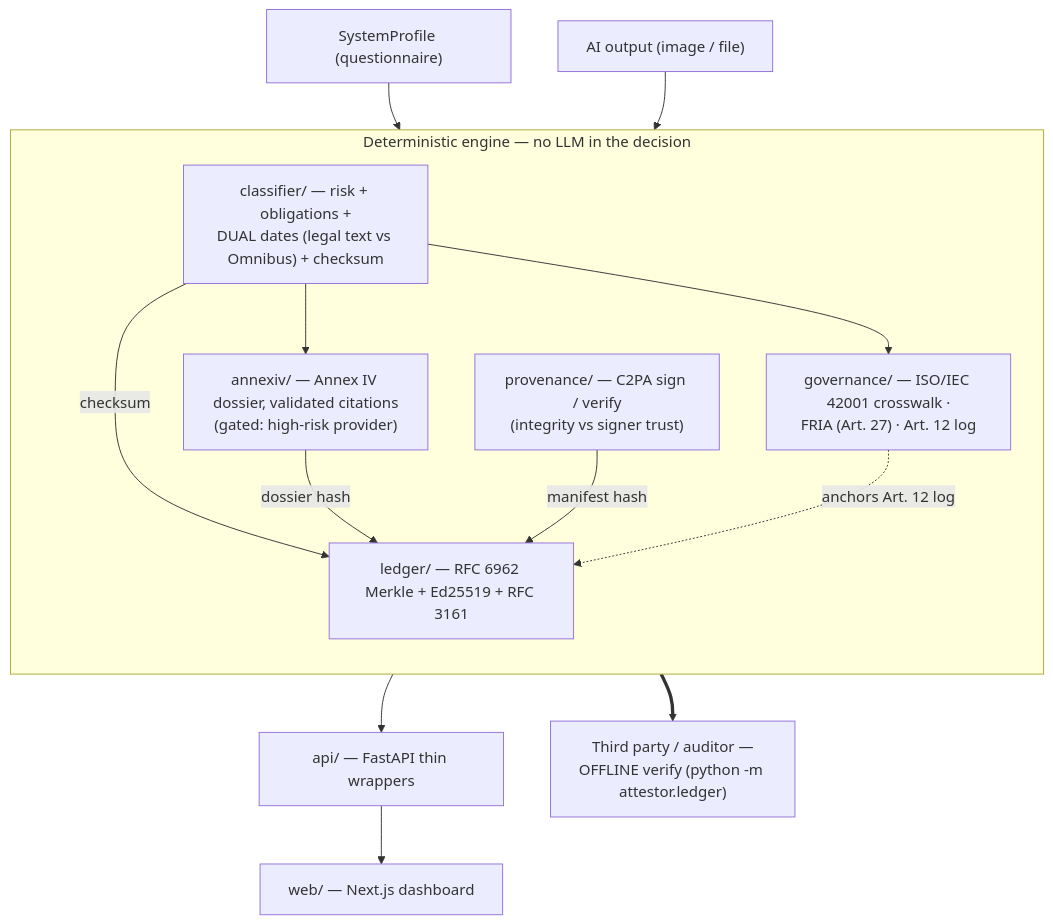
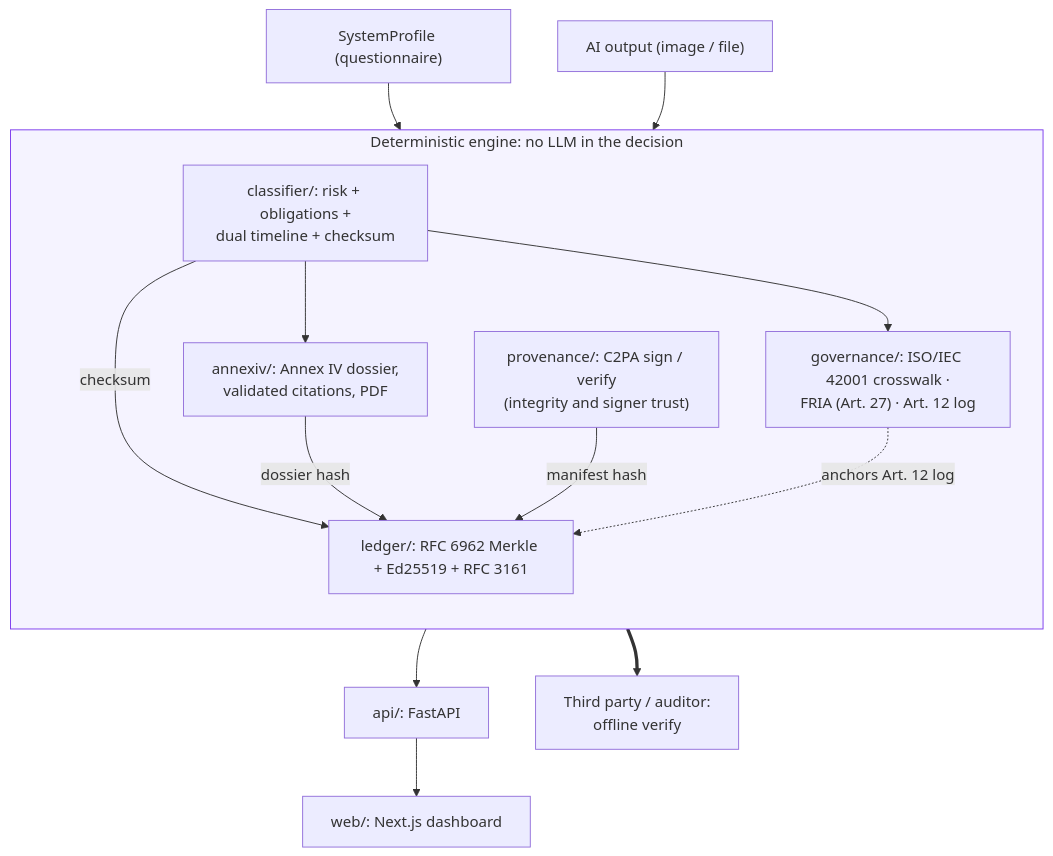
The second of 4 diagrams in README.md (marcosmatalab/attestor), drawn with Mermaid before and after one commit. The commit also changed other lines of this file and 3 other files, not shown here.

````diff
--- a/README.md
+++ b/README.md
@@ -113,30 +111,32 @@
 ```mermaid
 flowchart TD
     profile["SystemProfile (questionnaire)"]
     output["AI output (image / file)"]
 
-    subgraph engine["Deterministic engine — no LLM in the decision"]
+    subgraph engine["Deterministic engine: no LLM in the decision"]
         direction TB
-        classifier["classifier/ — risk + obligations +<br/>DUAL dates (legal text vs Omnibus) + checksum"]
-        annexiv["annexiv/ — Annex IV dossier, validated citations<br/>(gated: high-risk provider)"]
-        governance["governance/ — ISO/IEC 42001 crosswalk ·<br/>FRIA (Art. 27) · Art. 12 log"]
-        provenance["provenance/ — C2PA sign / verify<br/>(integrity vs signer trust)"]
-        ledger["ledger/ — RFC 6962 Merkle + Ed25519 + RFC 3161"]
+        classifier["classifier/: risk + obligations +<br/>dual timeline + checksum"]
+        annexiv["annexiv/: Annex IV dossier,<br/>validated citations, PDF"]
+        governance["governance/: ISO/IEC 42001 crosswalk ·<br/>FRIA (Art. 27) · Art. 12 log"]
+        provenance["provenance/: C2PA sign / verify<br/>(integrity and signer trust)"]
+        ledger["ledger/: RFC 6962 Merkle + Ed25519 + RFC 3161"]
     end
 
-    api["api/ — FastAPI thin wrappers"]
-    web["web/ — Next.js dashboard"]
-    auditor["Third party / auditor —<br/>OFFLINE verify (python -m attestor.ledger)"]
+    api["api/: FastAPI"]
+    web["web/: Next.js dashboard"]
+    auditor["Third party / auditor:<br/>offline verify"]
 
     profile --> classifier
     output --> provenance
     classifier --> annexiv
     classifier --> governance
     classifier -- checksum --> ledger
     annexiv -- dossier hash --> ledger
     provenance -- manifest hash --> ledger
     governance -. "anchors Art. 12 log" .-> ledger
     engine --> api
     api --> web
     ledger ==> auditor
+
+    style engine fill:#f5f3ff,stroke:#7c3aed
 ```
````
